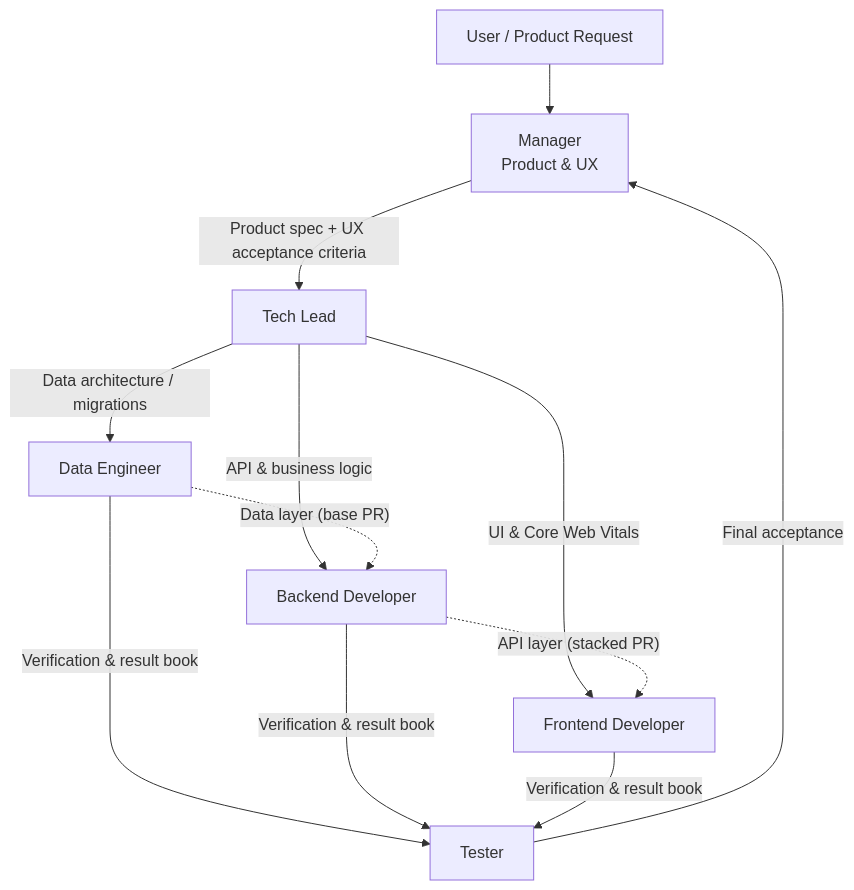
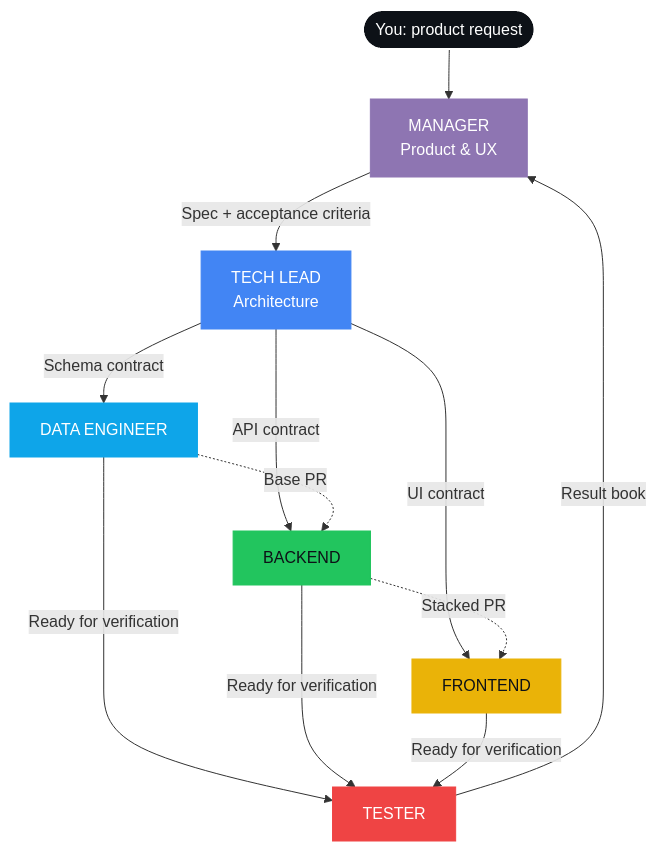
One commit to pato-byepaper/agentic-engineering changed the first of 2 diagrams in README.md. Above: the diagram before and after it, drawn with Mermaid. The commit also changed other lines of this file, not shown here.

````diff
--- a/README.md
+++ b/README.md
@@ -39,12 +111,28 @@
 ```mermaid
 flowchart TD
-    User["User / Product Request"] --> M["Manager<br/>Product & UX"]
-    M -->|"Product spec + UX acceptance criteria"| TL["Tech Lead"]
-    TL -->|"Data architecture / migrations"| DE["Data Engineer"]
-    TL -->|"API & business logic"| BE["Backend Developer"]
-    TL -->|"UI & Core Web Vitals"| FE["Frontend Developer"]
-    DE -.->|"Data layer (base PR)"| BE
-    BE -.->|"API layer (stacked PR)"| FE
-    DE & BE & FE -->|"Verification & result book"| T["Tester"]
-    T -->|"Final acceptance"| M
+    User(["You: product request"]) --> M["MANAGER<br/>Product & UX"]
+    M -->|"Spec + acceptance criteria"| TL["TECH LEAD<br/>Architecture"]
+    TL -->|"Schema contract"| DE["DATA ENGINEER"]
+    TL -->|"API contract"| BE["BACKEND"]
+    TL -->|"UI contract"| FE["FRONTEND"]
+    DE -.->|"Base PR"| BE
+    BE -.->|"Stacked PR"| FE
+    DE & BE & FE -->|"Ready for verification"| T["TESTER"]
+    T -->|"Result book"| M
+
+    classDef you fill:#0d1117,stroke:#ffffff,color:#ffffff,stroke-width:2px
+    classDef manager fill:#8E75B2,stroke:#8E75B2,color:#ffffff
+    classDef lead fill:#4285F4,stroke:#4285F4,color:#ffffff
+    classDef data fill:#0EA5E9,stroke:#0EA5E9,color:#ffffff
+    classDef back fill:#22C55E,stroke:#22C55E,color:#0d1117
+    classDef front fill:#EAB308,stroke:#EAB308,color:#0d1117
+    classDef test fill:#EF4444,stroke:#EF4444,color:#ffffff
+
+    class User you
+    class M manager
+    class TL lead
+    class DE data
+    class BE back
+    class FE front
+    class T test
 ```
````
